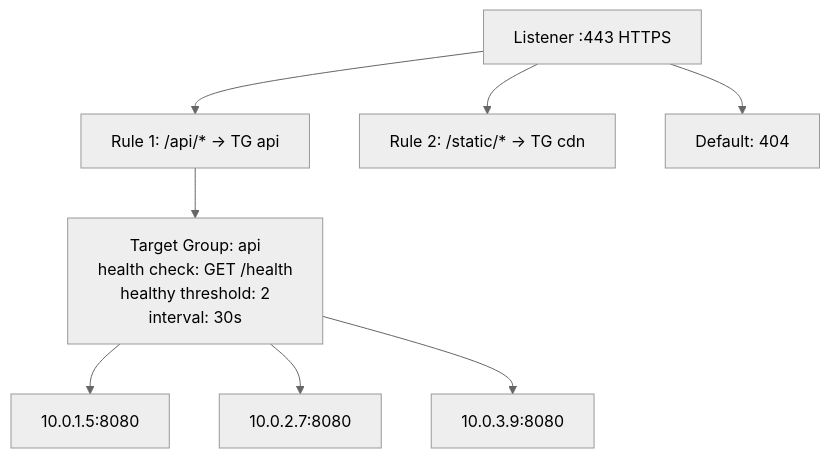
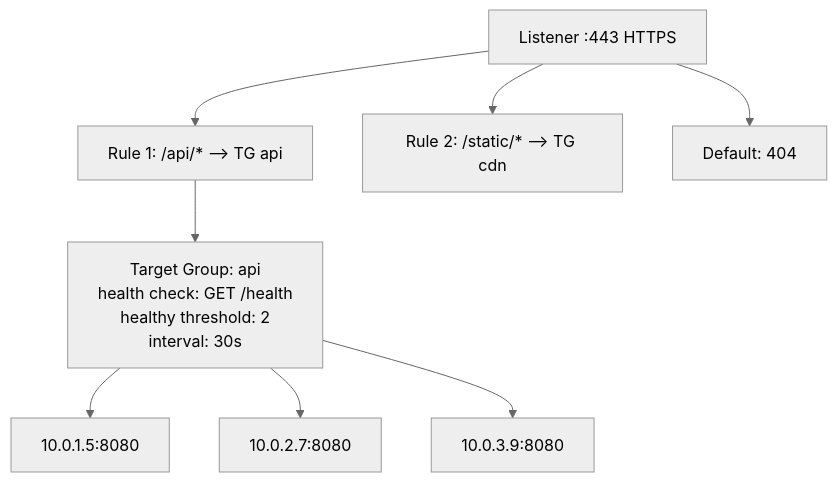
The third of 5 diagrams in devops/aws/request-flow-alb-to-pod.md (deepanshu-rawat6/tour-of-go), drawn with Mermaid (neutral theme) before and after one commit. The commit also changed other lines of this file and 25 other files, not shown here.

````diff
--- a/devops/aws/request-flow-alb-to-pod.md
+++ b/devops/aws/request-flow-alb-to-pod.md
@@ -46,10 +46,10 @@
 ```mermaid
 graph TD
-    LIS["Listener :443 HTTPS"] --> RULE1["Rule 1: /api/* → TG api"]
-    LIS --> RULE2["Rule 2: /static/* → TG cdn"]
+    LIS["Listener :443 HTTPS"] --> RULE1["Rule 1: /api/* --> TG api"]
+    LIS --> RULE2["Rule 2: /static/* --> TG cdn"]
     LIS --> RULE3["Default: 404"]
     RULE1 --> TG["Target Group: api<br>health check: GET /health<br>healthy threshold: 2<br>interval: 30s"]
     TG --> POD1["10.0.1.5:8080"]
     TG --> POD2["10.0.2.7:8080"]
     TG --> POD3["10.0.3.9:8080"]
 ```
````
